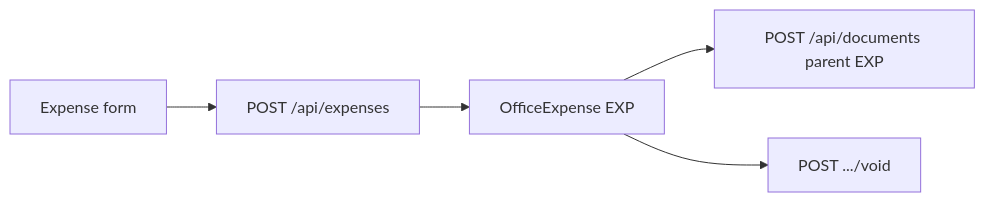
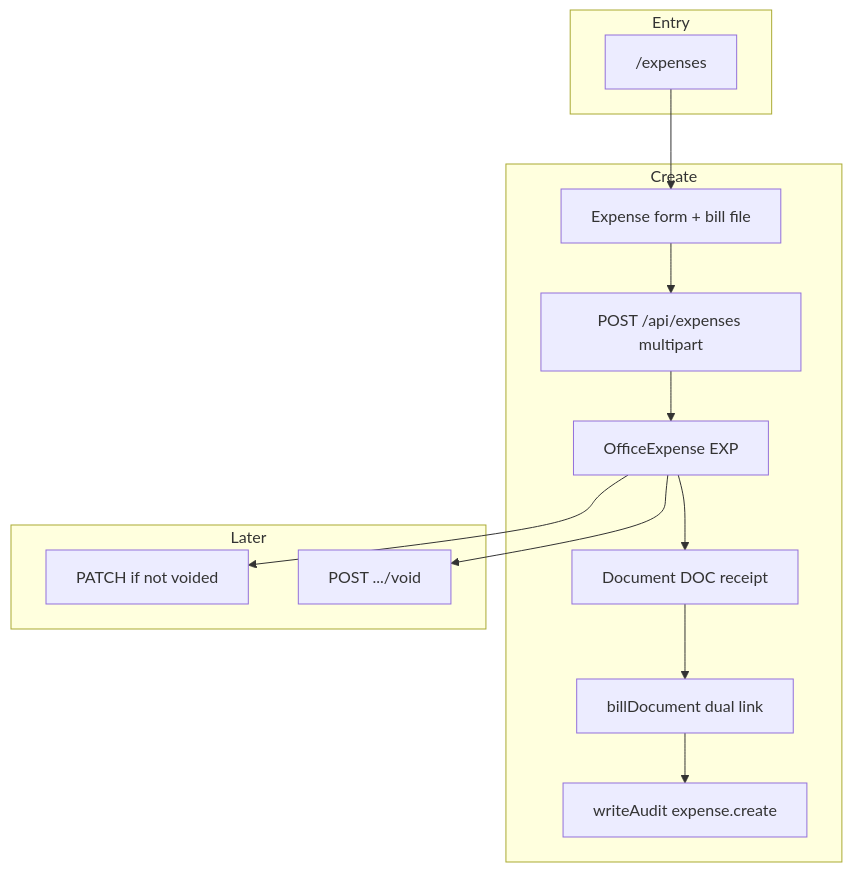
The first of 2 diagrams in docs/mlf flows/expenses_flow.md (psmpasupathi009/mlf), drawn with Mermaid before and after one commit. The commit also changed other lines of this file and 52 other files, not shown here.

````diff
--- a/docs/mlf flows/expenses_flow.md
+++ b/docs/mlf flows/expenses_flow.md
@@ -12,7 +7,24 @@
 ```mermaid
-flowchart LR
-  form["Expense form"] --> post["POST /api/expenses"]
-  post --> exp["OfficeExpense EXP"]
-  exp --> bill["POST /api/documents parent EXP"]
-  exp --> void["POST .../void"]
+flowchart TD
+  subgraph entry [Entry]
+    list["/expenses"]
+  end
+
+  subgraph create [Create]
+    form["Expense form + bill file"]
+    post["POST /api/expenses multipart"]
+    exp["OfficeExpense EXP"]
+    doc["Document DOC receipt"]
+    link["billDocument dual link"]
+    audit["writeAudit expense.create"]
+  end
+
+  subgraph later [Later]
+    patch["PATCH if not voided"]
+    voidApi["POST .../void"]
+  end
+
+  list --> form --> post --> exp --> doc --> link --> audit
+  exp --> patch
+  exp --> voidApi
 ```
````
